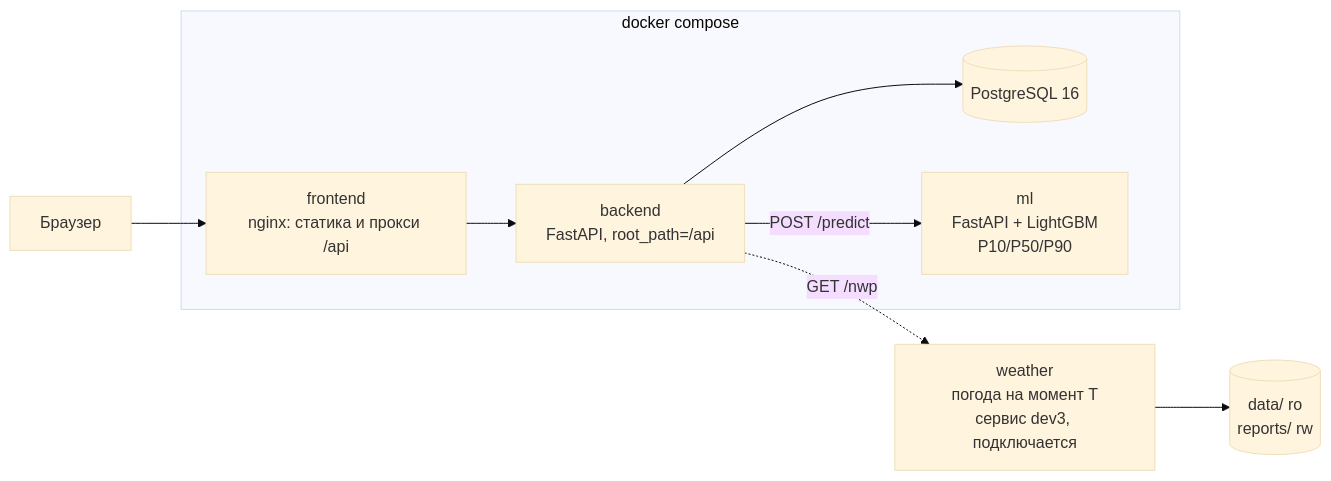
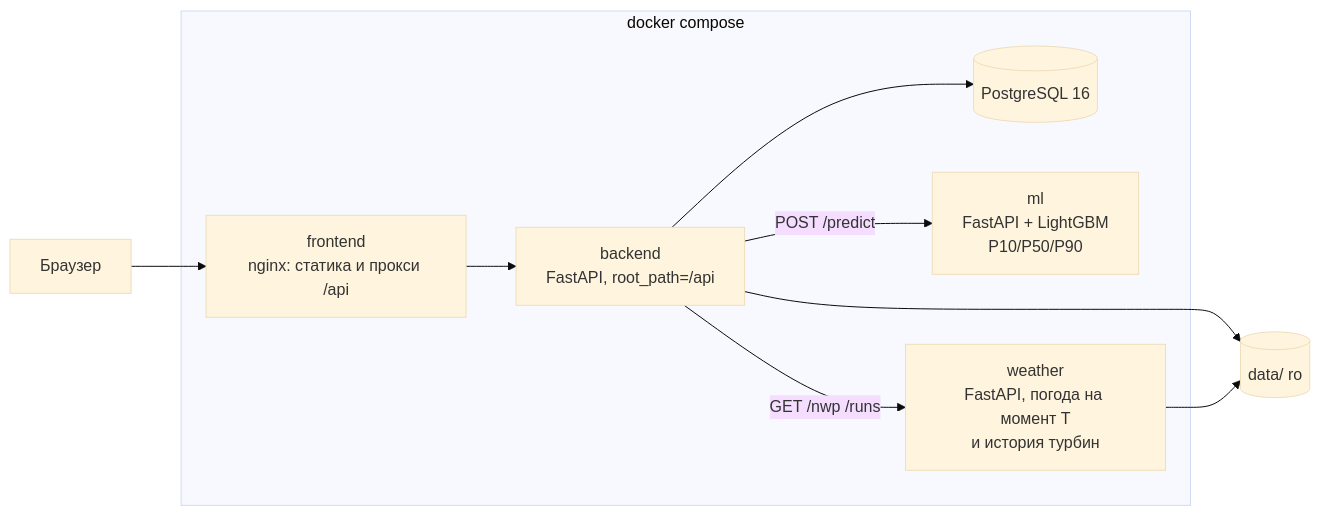
The first of 2 diagrams in docs/ARCHITECTURE.md (BAITC-Hacks/hack-5e5a1903-mg-ai), drawn with Mermaid (base theme) before and after one commit. The commit also changed other lines of this file and 4 other files, not shown here.

First line of the commit message:
docs(dev3): describe the weather service and its contract

````diff
--- a/docs/ARCHITECTURE.md
+++ b/docs/ARCHITECTURE.md
@@ -5,24 +5,26 @@
 ```mermaid
 flowchart LR
     Client["Браузер"]
     FE["frontend<br/>nginx: статика и прокси /api"]
     BE["backend<br/>FastAPI, root_path=/api"]
     DB[("PostgreSQL 16")]
     ML["ml<br/>FastAPI + LightGBM<br/>P10/P50/P90"]
-    WX["weather<br/>погода на момент T<br/>сервис dev3, подключается"]
-    DATA[("data/ ro<br/>reports/ rw")]
+    WX["weather<br/>FastAPI, погода на момент T<br/>и история турбин"]
+    DATA[("data/ ro")]
 
     Client --> FE
     FE --> BE
     BE --> DB
     BE -- "POST /predict" --> ML
-    BE -. "GET /nwp" .-> WX
+    BE -- "GET /nwp /runs" --> WX
+    BE --> DATA
     WX --> DATA
 
     subgraph compose["docker compose"]
         FE
         BE
         DB
         ML
+        WX
     end
 ```
````
